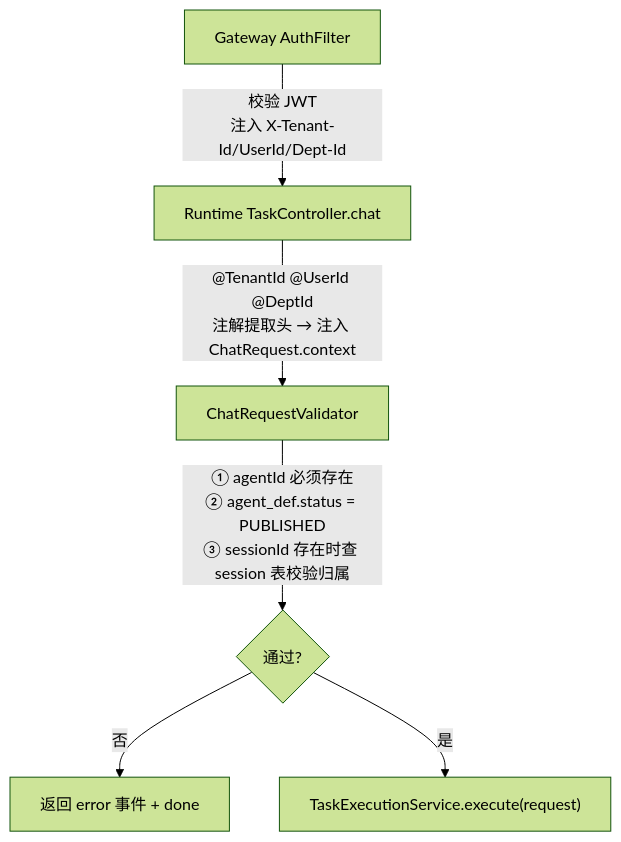
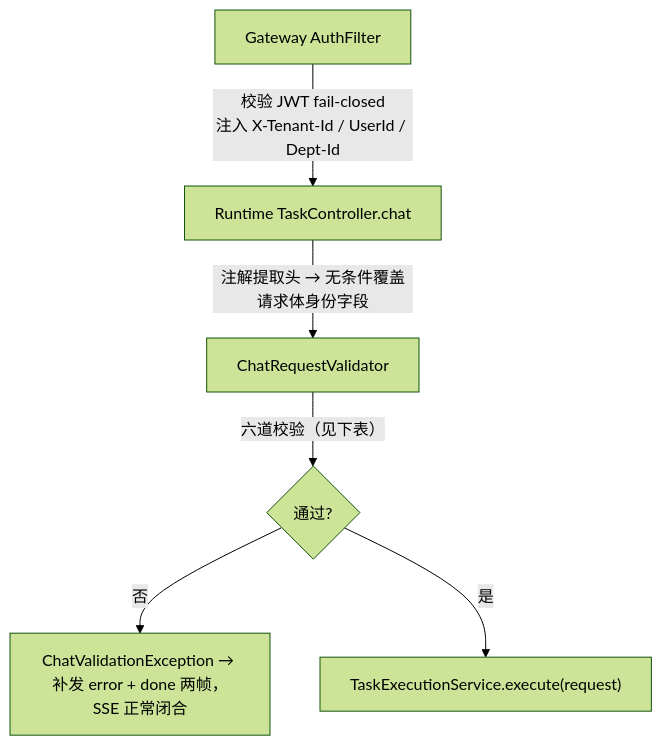
One commit to HarnessAgentStack/AegisAgent changed the first of 11 diagrams in docs/runtime-execution-flow.md. Above: the diagram before and after it, drawn with Mermaid (forest theme). The commit also changed other lines of this file and 1 other file, not shown here.

````diff
--- a/docs/runtime-execution-flow.md
+++ b/docs/runtime-execution-flow.md
@@ -67,8 +68,8 @@
 ```mermaid
 flowchart TD
-    A[Gateway AuthFilter] -->|"校验 JWT<br/>注入 X-Tenant-Id/UserId/Dept-Id"| B[Runtime TaskController.chat]
-    B -->|"@TenantId @UserId @DeptId<br/>注解提取头 → 注入 ChatRequest.context"| C[ChatRequestValidator]
-    C -->|"① agentId 必须存在<br/>② agent_def.status = PUBLISHED<br/>③ sessionId 存在时查 session 表校验归属"| D{通过?}
-    D -->|否| E[返回 error 事件 + done]
+    A[Gateway AuthFilter] -->|"校验 JWT fail-closed<br/>注入 X-Tenant-Id / UserId / Dept-Id"| B[Runtime TaskController.chat]
+    B -->|"注解提取头 → 无条件覆盖请求体身份字段"| C[ChatRequestValidator]
+    C -->|"六道校验（见下表）"| D{通过?}
+    D -->|否| E[ChatValidationException → 补发 error + done 两帧，SSE 正常闭合]
     D -->|是| F["TaskExecutionService.execute(request)"]
 ```
````
